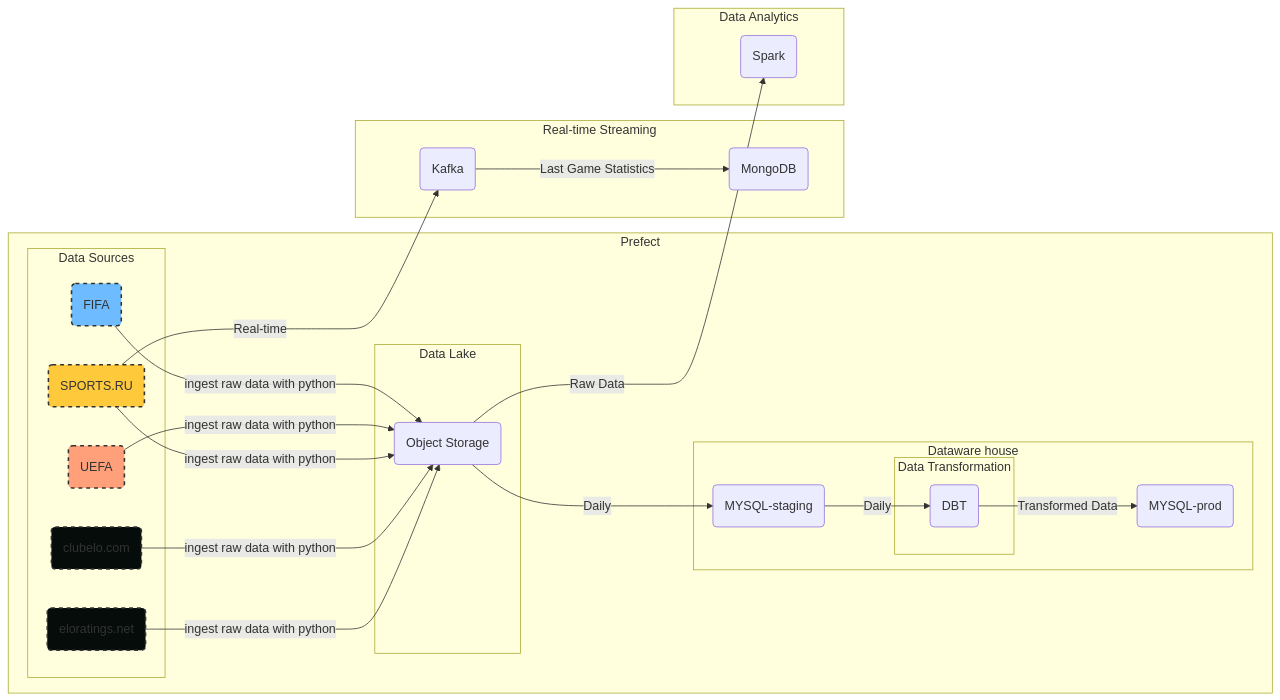
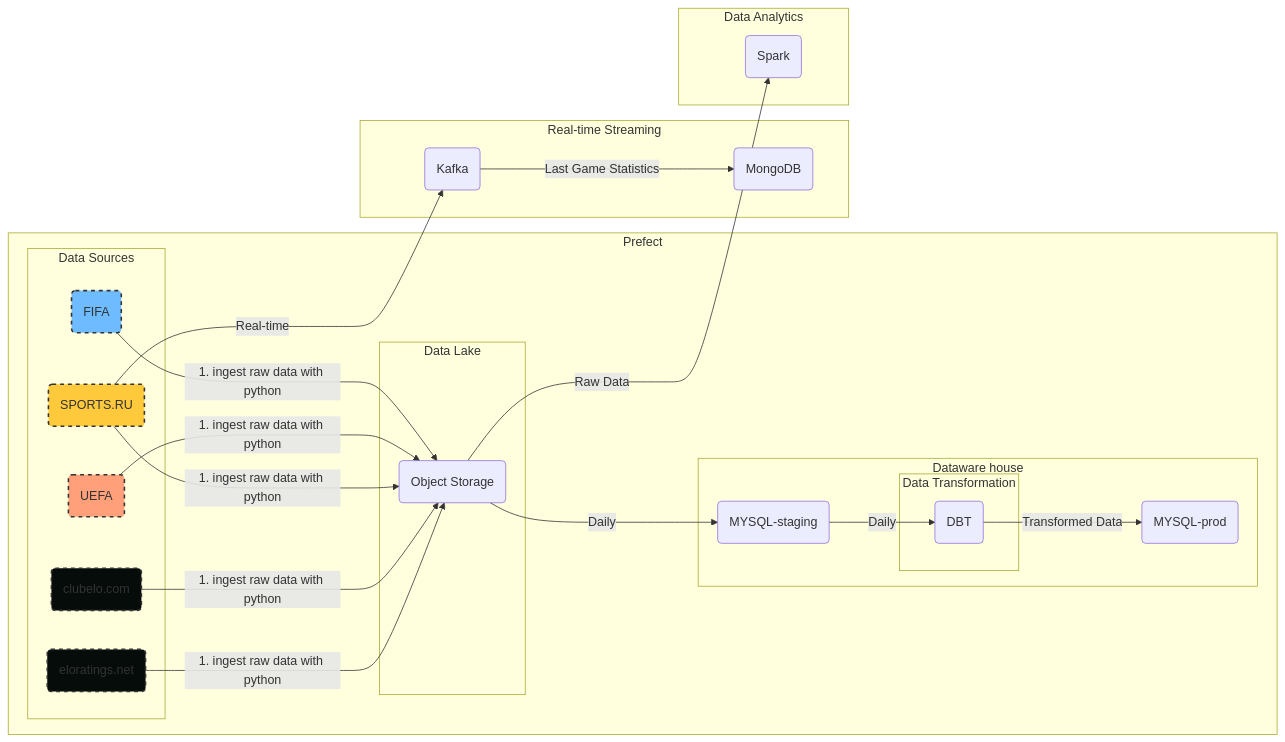
The first of 2 diagrams in README.md (DonaldWipper/Football-Tournaments-Data-Archive), drawn with Mermaid before and after one commit. The commit also changed other lines of this file, not shown here.

````diff
--- a/README.md
+++ b/README.md
@@ -50,56 +50,56 @@
 ```mermaid
 flowchart LR
 
 style A fill:#6ebcff,stroke:#333,stroke-width:2px,stroke-dasharray: 5, 5;
 style B fill:#ffa07a,stroke:#333,stroke-width:2px,stroke-dasharray: 5, 5;
 style C fill:#ffc93c,stroke:#333,stroke-width:2px,stroke-dasharray: 5, 5;
 style S fill:#060c0a,stroke:#333,stroke-width:2px,stroke-dasharray: 5, 5;
 style Y fill:#060c0a,stroke:#333,stroke-width:2px,stroke-dasharray: 5, 5;
 
 subgraph "Prefect"
 subgraph "Data Sources"
 A(FIFA)
 B(UEFA)
 C(SPORTS.RU)
 S(clubelo.com)
 Y(eloratings.net)
 end
 
 
 
     subgraph "Data Lake"
         E(Object Storage)
         
     end
 
     subgraph "Dataware house"
         F(MYSQL-staging)
         subgraph "Data Transformation"
         G(DBT)
         end
         L(MYSQL-prod)
     end
 end
 
 
 subgraph "Real-time Streaming"
 H(Kafka)
 I(MongoDB)
 end
 
 subgraph "Data Analytics"
 J(Spark)
 end
 
-A -- ingest raw data with python  --> E
-B -- ingest raw data with python--> E
-C -- ingest raw data with python--> E
-S -- ingest raw data with python--> E
-Y -- ingest raw data with python--> E
+A -- 1. ingest raw data with python--> E 
+B -- 1. ingest raw data with python--> E
+C -- 1. ingest raw data with python--> E
+S -- 1. ingest raw data with python--> E
+Y -- 1. ingest raw data with python--> E
 E -- Daily --> F
 F -- Daily --> G
 G -- Transformed Data --> L
 C -- Real-time --> H
 H -- Last Game Statistics  --> I
 E -- Raw Data --> J
 ```
````
